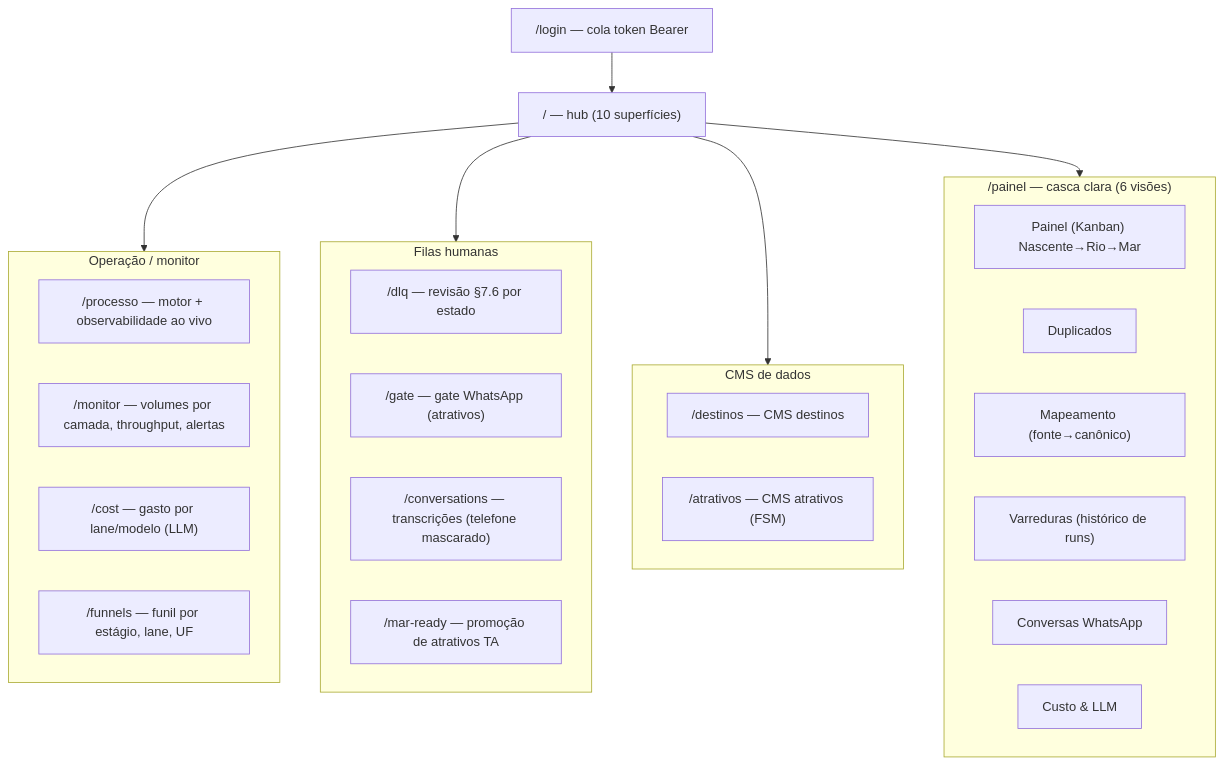
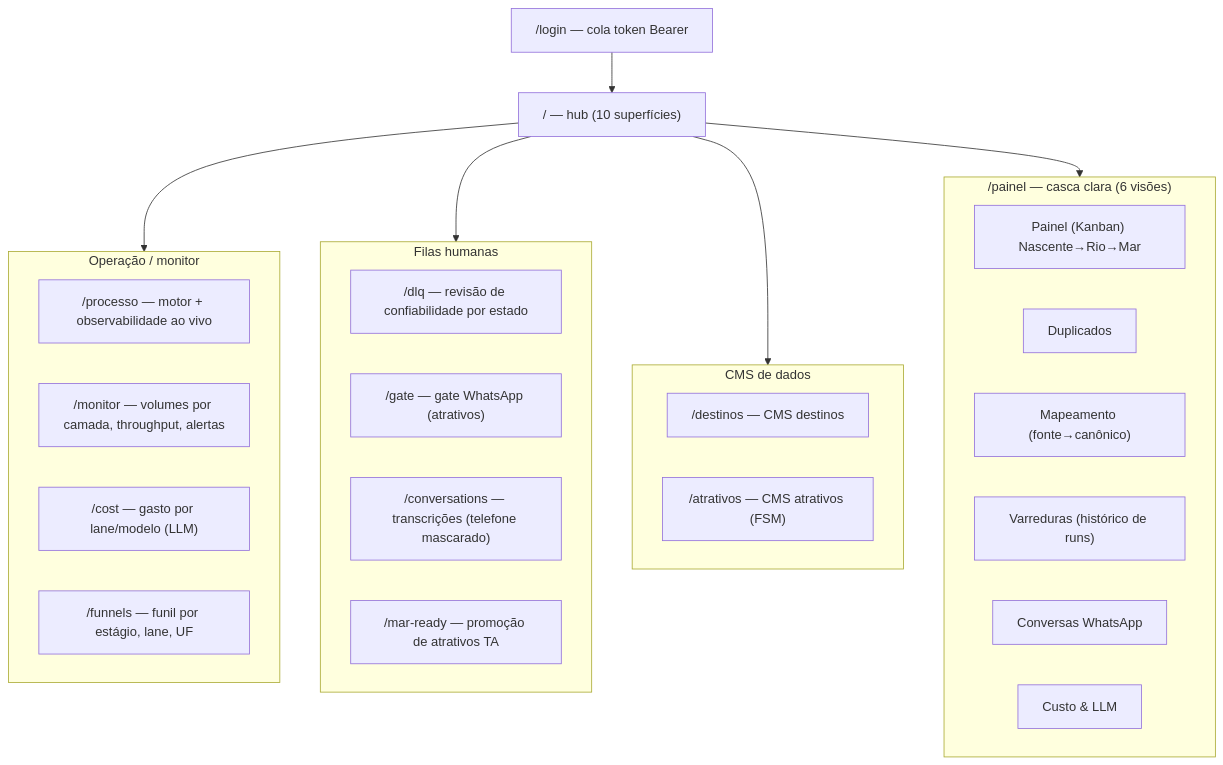
One commit to norteiadev/norteia-brave changed the seventh of 8 diagrams in docs/FLUXO-BRAVE.md. Above: the diagram before and after it, drawn with Mermaid. The commit also changed other lines of this file and 82 other files, not shown here.

````diff
--- a/docs/FLUXO-BRAVE.md
+++ b/docs/FLUXO-BRAVE.md
@@ -361,35 +361,35 @@
 ```mermaid
 flowchart TD
     LOGIN["/login — cola token Bearer"] --> HOME["/ — hub (10 superfícies)"]
 
     subgraph OPS["Operação / monitor"]
         PROC["/processo — motor + observabilidade ao vivo"]
         MON["/monitor — volumes por camada, throughput, alertas"]
         COST["/cost — gasto por lane/modelo (LLM)"]
         FUN["/funnels — funil por estágio, lane, UF"]
     end
 
     subgraph HUMAN["Filas humanas"]
-        DLQV["/dlq — revisão §7.6 por estado"]
+        DLQV["/dlq — revisão de confiabilidade por estado"]
         GATE["/gate — gate WhatsApp (atrativos)"]
         CONV["/conversations — transcrições (telefone mascarado)"]
         MR["/mar-ready — promoção de atrativos TA"]
     end
 
     subgraph CMS["CMS de dados"]
         DES["/destinos — CMS destinos"]
         ATRV["/atrativos — CMS atrativos (FSM)"]
     end
 
     subgraph PAINEL["/painel — casca clara (6 visões)"]
         KAN["Painel (Kanban) Nascente→Rio→Mar"]
         DUP["Duplicados"]
         MAP["Mapeamento (fonte→canônico)"]
         VAR["Varreduras (histórico de runs)"]
         WA["Conversas WhatsApp"]
         CL["Custo & LLM"]
     end
 
     HOME --> OPS & HUMAN & CMS
     HOME --> PAINEL
 ```
````
